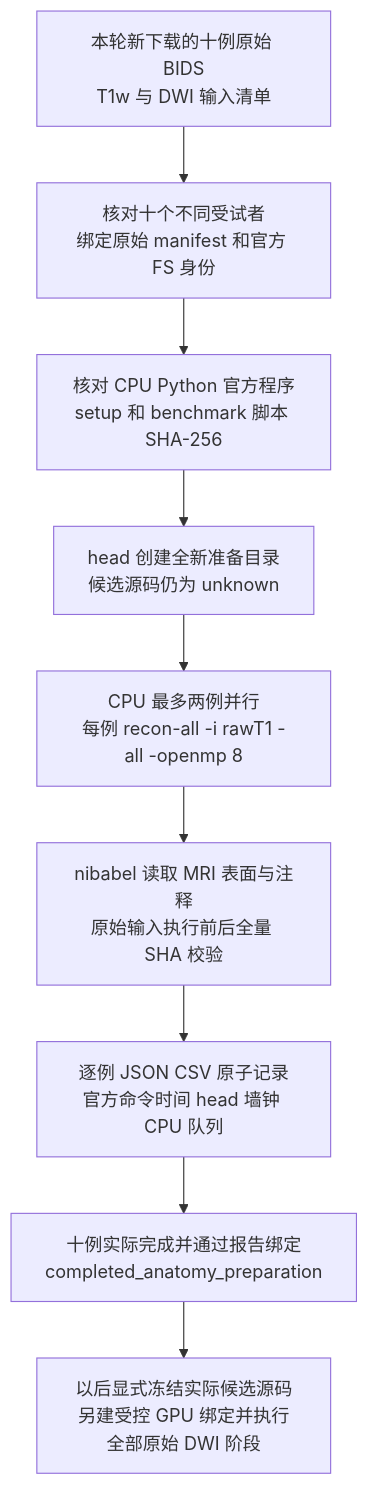
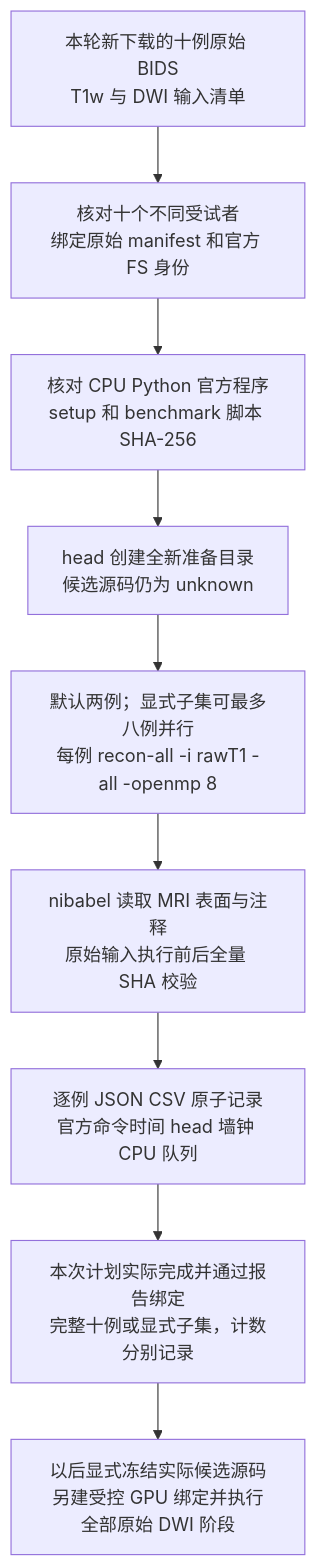
The diagram in docs/connectome/raw_anatomy_prep.md (weikanggong1/Fudan-Neuroimaging-toolkit), drawn with Mermaid before and after one commit. The commit also changed other lines of this file and 5 other files, not shown here.

````diff
--- a/docs/connectome/raw_anatomy_prep.md
+++ b/docs/connectome/raw_anatomy_prep.md
@@ -9,11 +9,11 @@
 ```mermaid
 flowchart TD
     A[本轮新下载的十例原始 BIDS<br/>T1w 与 DWI 输入清单] --> B[核对十个不同受试者<br/>绑定原始 manifest 和官方 FS 身份]
     B --> C[核对 CPU Python 官方程序<br/>setup 和 benchmark 脚本 SHA-256]
     C --> D[head 创建全新准备目录<br/>候选源码仍为 unknown]
-    D --> E[CPU 最多两例并行<br/>每例 recon-all -i rawT1 -all -openmp 8]
+    D --> E[默认两例；显式子集可最多八例并行<br/>每例 recon-all -i rawT1 -all -openmp 8]
     E --> F[nibabel 读取 MRI 表面与注释<br/>原始输入执行前后全量 SHA 校验]
     F --> G[逐例 JSON CSV 原子记录<br/>官方命令时间 head 墙钟 CPU 队列]
-    G --> H[十例实际完成并通过报告绑定<br/>completed_anatomy_preparation]
+    G --> H[本次计划实际完成并通过报告绑定<br/>完整十例或显式子集，计数分别记录]
     H --> I[以后显式冻结实际候选源码<br/>另建受控 GPU 绑定并执行全部原始 DWI 阶段]
 ```
````
